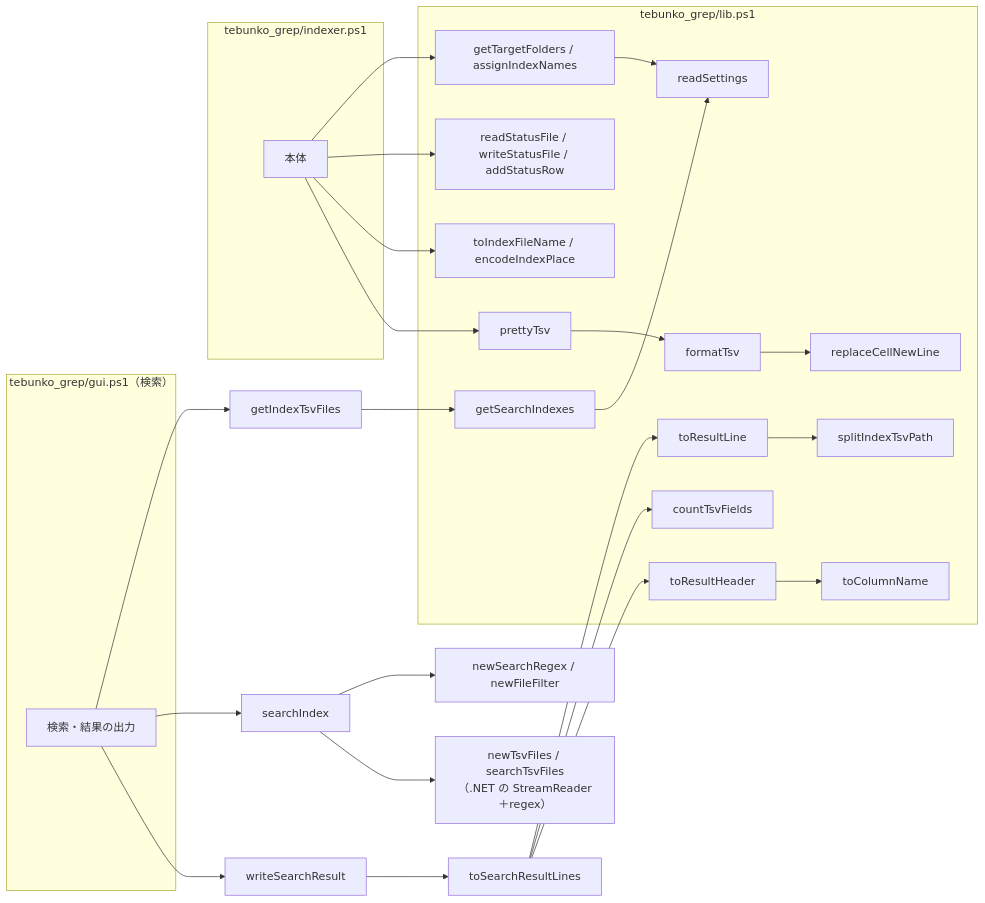
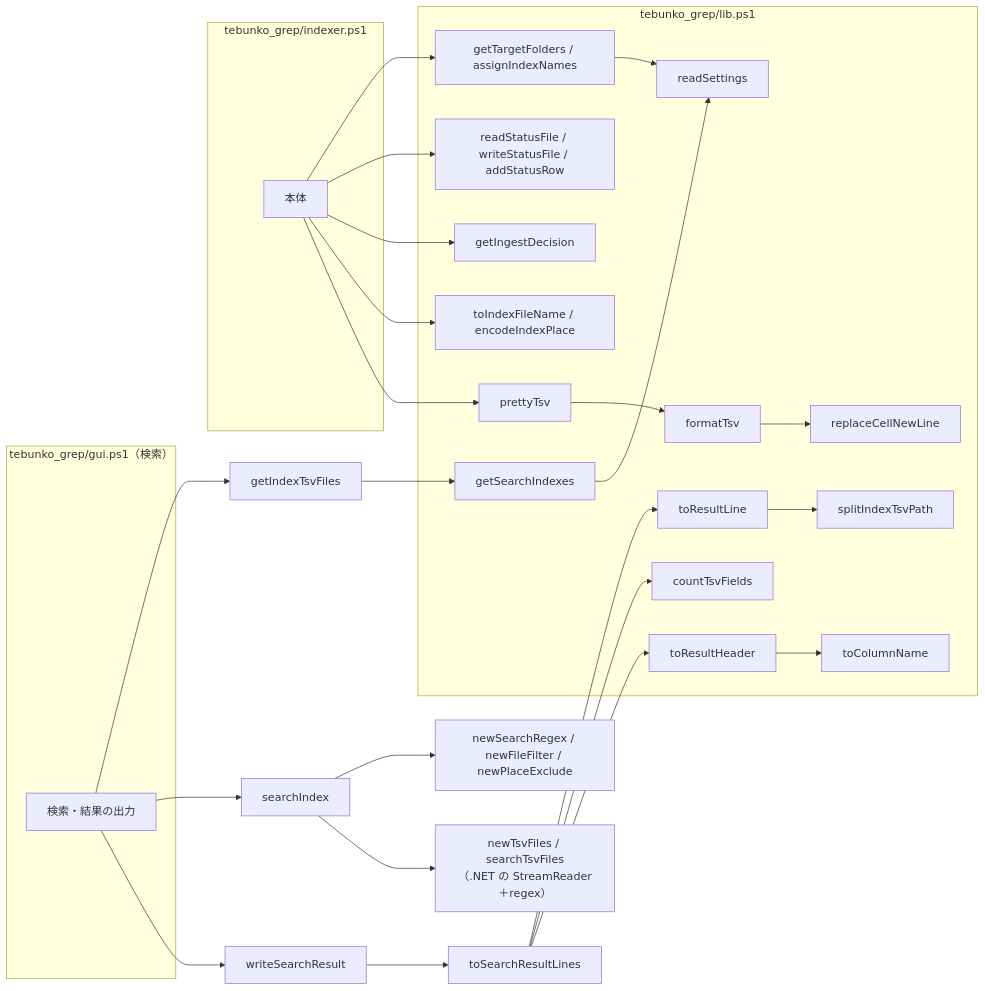
The second of 3 diagrams in docs/00_共通_2_共通モジュール.md (hsgwa/tebunko), drawn with Mermaid before and after one commit. The commit also changed other lines of this file and 36 other files, not shown here.

````diff
--- a/docs/00_共通_2_共通モジュール.md
+++ b/docs/00_共通_2_共通モジュール.md
@@ -148,37 +221,39 @@
 ```mermaid
 flowchart LR
     subgraph OTS["tebunko_grep/indexer.ps1"]
         OT["本体"]
     end
     subgraph GRS["tebunko_grep/gui.ps1（検索）"]
         GR["検索・結果の出力"]
     end
     subgraph CMS["tebunko_grep/lib.ps1"]
         RCL["readSettings"]
         RSF["readStatusFile / writeStatusFile / addStatusRow"]
         GTF["getTargetFolders / assignIndexNames"]
+        GID["getIngestDecision"]
         GIF["getSearchIndexes"]
         TSF["toIndexFileName / encodeIndexPlace"]
         RNL["replaceCellNewLine"]
         FT["formatTsv"]
         PT["prettyTsv"]
         SIF["splitIndexTsvPath"]
         TRL["toResultLine"]
         CTF["countTsvFields"]
         TRH["toResultHeader"]
         TCN["toColumnName"]
     end
 
     OT --> GTF --> RCL
     OT --> RSF
+    OT --> GID
     OT --> TSF
     OT --> PT --> FT --> RNL
     GR --> ITF["getIndexTsvFiles"] --> GIF --> RCL
     GR --> SI["searchIndex"]
-    SI --> NSR["newSearchRegex / newFileFilter"]
+    SI --> NSR["newSearchRegex / newFileFilter / newPlaceExclude"]
     SI --> STF["newTsvFiles / searchTsvFiles<br>（.NET の StreamReader＋regex）"]
     GR --> WSR["writeSearchResult"] --> TSR["toSearchResultLines"]
     TSR --> TRL --> SIF
     TSR --> CTF
     TSR --> TRH --> TCN
 ```
````
